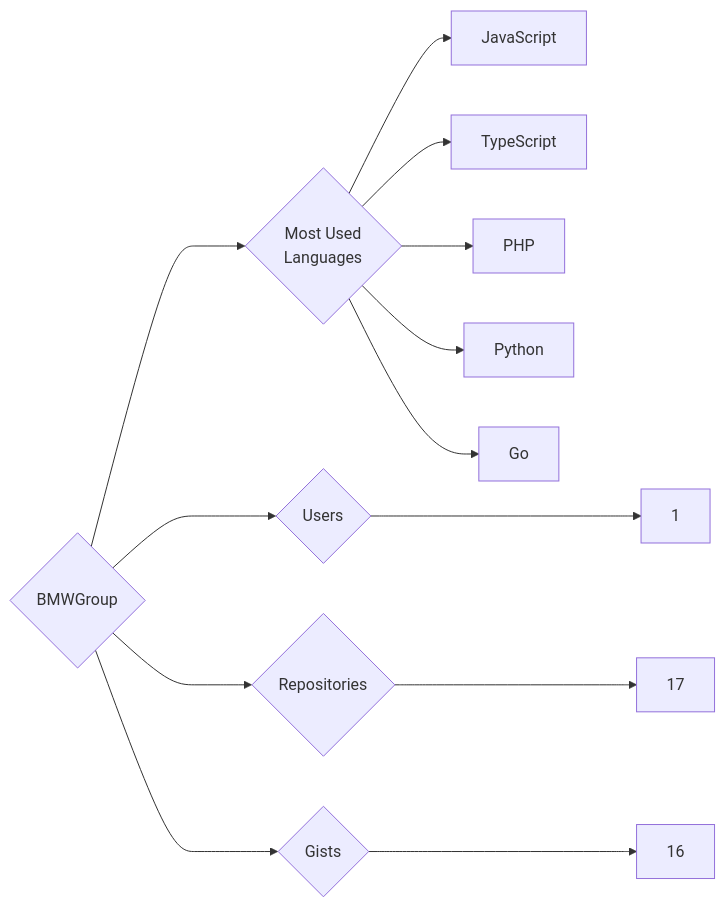
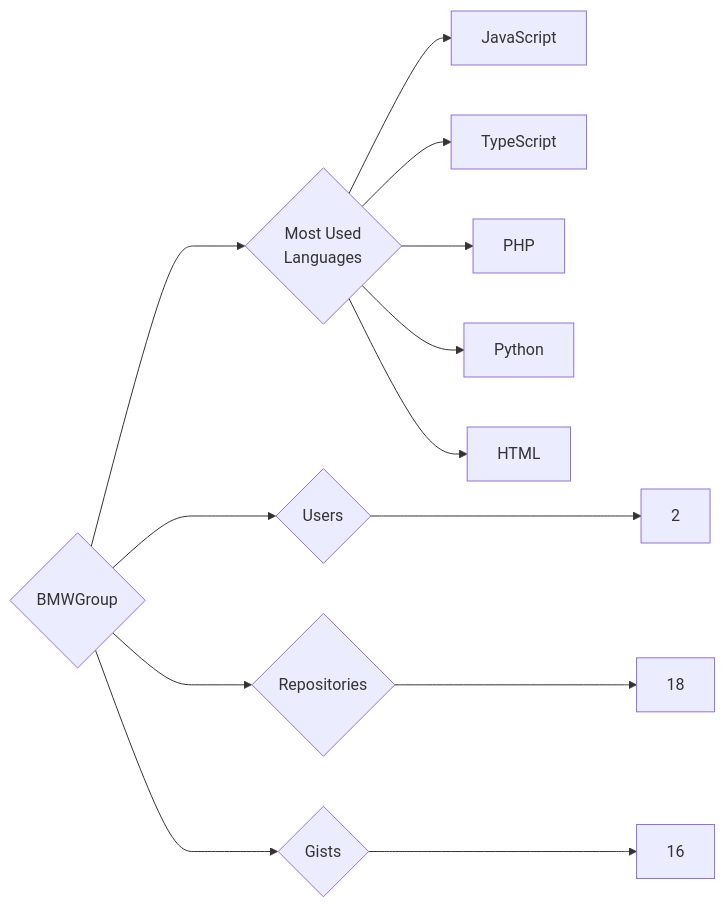
One commit to trickest/insiders changed the diagram in targets/BMWGroup/README.md. Above: the diagram before and after it, drawn with Mermaid. The commit also changed 985 other files, not shown here.

````diff
--- a/targets/BMWGroup/README.md
+++ b/targets/BMWGroup/README.md
@@ -3,13 +3,13 @@
 ```mermaid
 graph LR
 COMPANY_NAME{BMWGroup}
-COMPANY_NAME ---> U{Users} ---> UN[1]
-COMPANY_NAME ---> R{Repositories} ---> RN[17]
+COMPANY_NAME ---> U{Users} ---> UN[2]
+COMPANY_NAME ---> R{Repositories} ---> RN[18]
 COMPANY_NAME ---> G{Gists} ---> GN[16]
 COMPANY_NAME ---> ML{Most Used<br>Languages}
 ML --> JavaScript[JavaScript]
 ML --> TypeScript[TypeScript]
 ML --> PHP[PHP]
 ML --> Python[Python]
-ML --> Go[Go]
+ML --> HTML[HTML]
 ```
````
